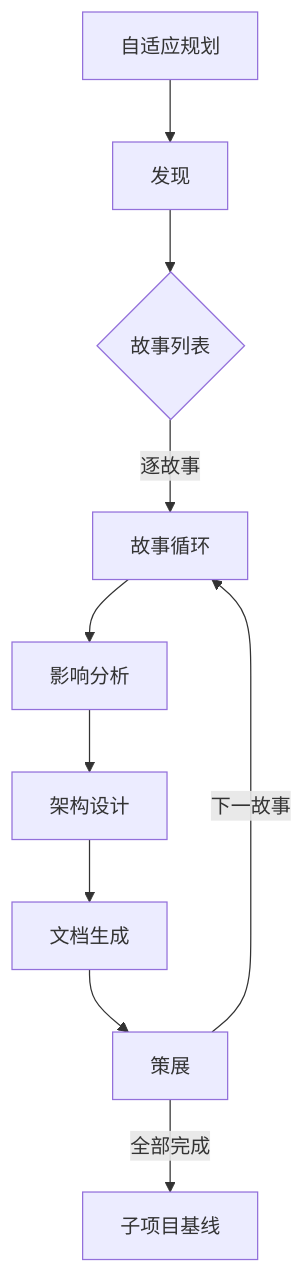
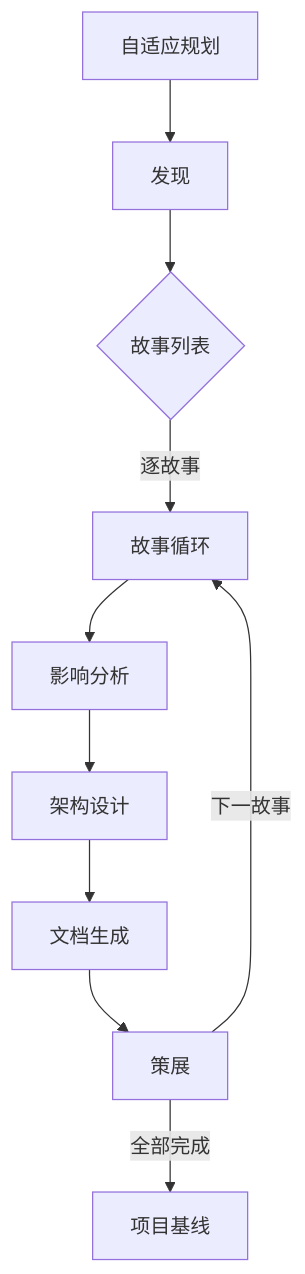
Before and after one commit to effiy/YrY: the fourth of 4 diagrams in skills/rui/SKILL.md, drawn with Mermaid. The commit also changed other lines of this file, not shown here.

````diff
--- a/skills/rui/SKILL.md
+++ b/skills/rui/SKILL.md
@@ -123,12 +122,12 @@
 ```mermaid
 flowchart TD
     PLAN[自适应规划] --> DISCOVER[发现]
     DISCOVER --> STORIES{故事列表}
     STORIES -->|逐故事| LOOP["故事循环"]
     LOOP --> IMPACT[影响分析]
     IMPACT --> ARCH[架构设计]
     ARCH --> DOCGEN[文档生成]
     DOCGEN --> CURATE[策展]
     CURATE -->|下一故事| LOOP
-    CURATE -->|全部完成| BASELINE[子项目基线]
+    CURATE -->|全部完成| BASELINE[项目基线]
 ```
````
